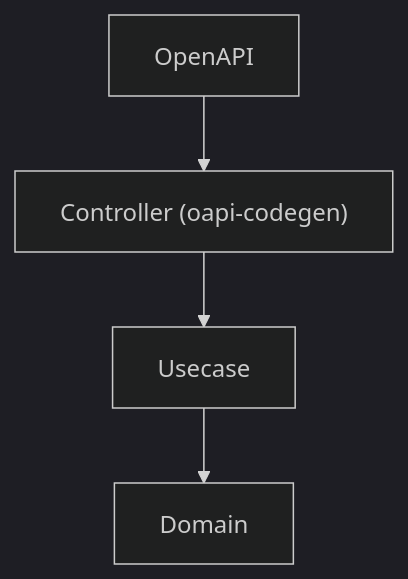
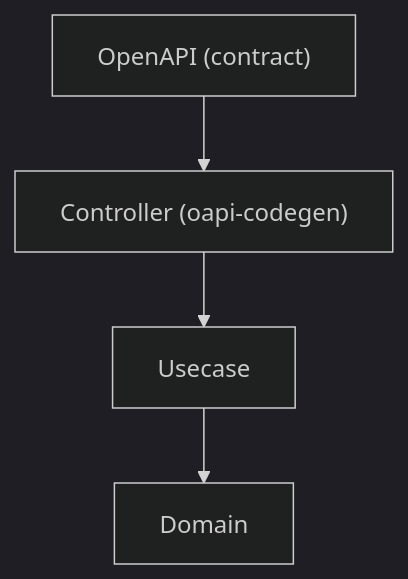
Before and after one commit to Tomy-ch/go-boilerplate: the diagram in docs/portal/guides/openapi.md, drawn with Mermaid (dark theme). The commit also changed other lines of this file and 78 other files, not shown here.

````diff
--- a/docs/portal/guides/openapi.md
+++ b/docs/portal/guides/openapi.md
@@ -145,4 +48,4 @@
 ```mermaid
 flowchart TB
-    OpenAPI --> Controller["Controller (oapi-codegen)"] --> Usecase --> Domain
+    OpenAPI["OpenAPI (contract)"] --> Controller["Controller (oapi-codegen)"] --> Usecase --> Domain
 ```
````
